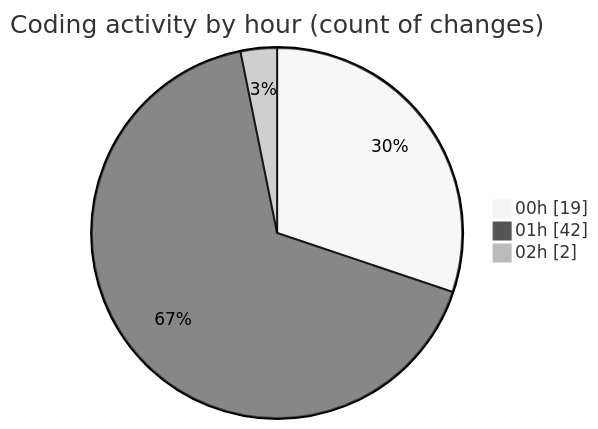
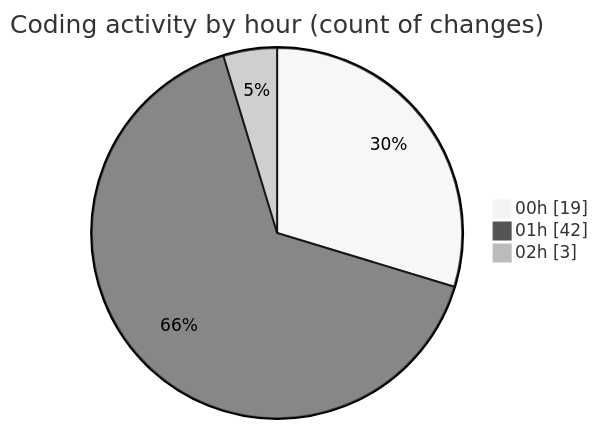
The second of 2 diagrams in 2025-02-23/pdf-analysis-app/README.md (momahboobian/code-tracking), drawn with Mermaid (neutral theme) before and after one commit. The commit also changed other lines of this file and 1 other file, not shown here.

````diff
--- a/2025-02-23/pdf-analysis-app/README.md
+++ b/2025-02-23/pdf-analysis-app/README.md
@@ -40,7 +40,7 @@
 ```mermaid
 pie showData
 title Coding activity by hour (count of changes)
 "00h" : 19
 "01h" : 42
-"02h" : 2
+"02h" : 3
 ```
````
